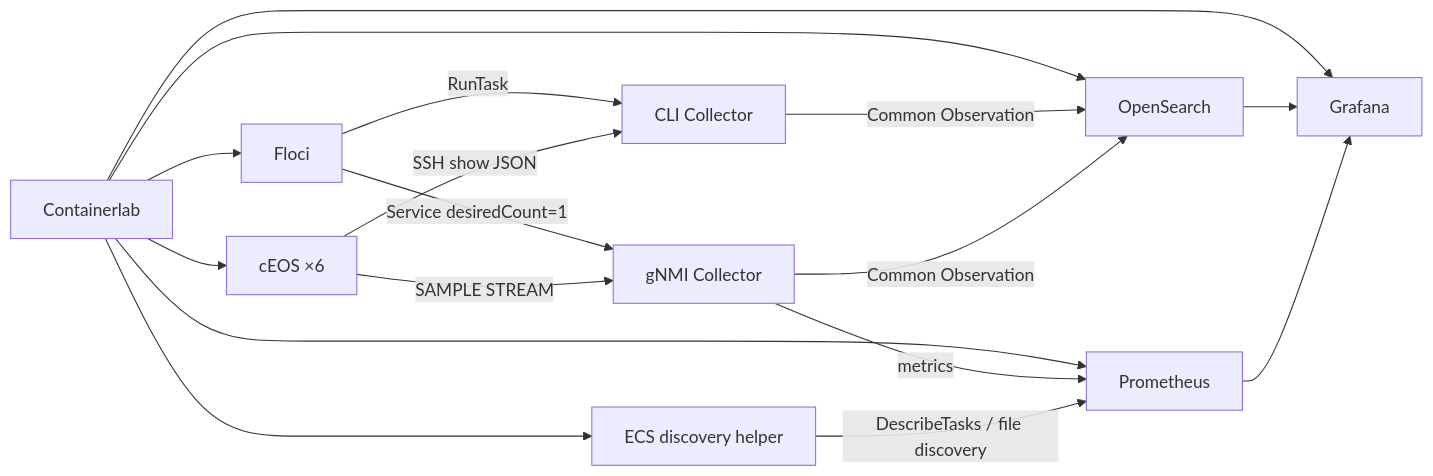
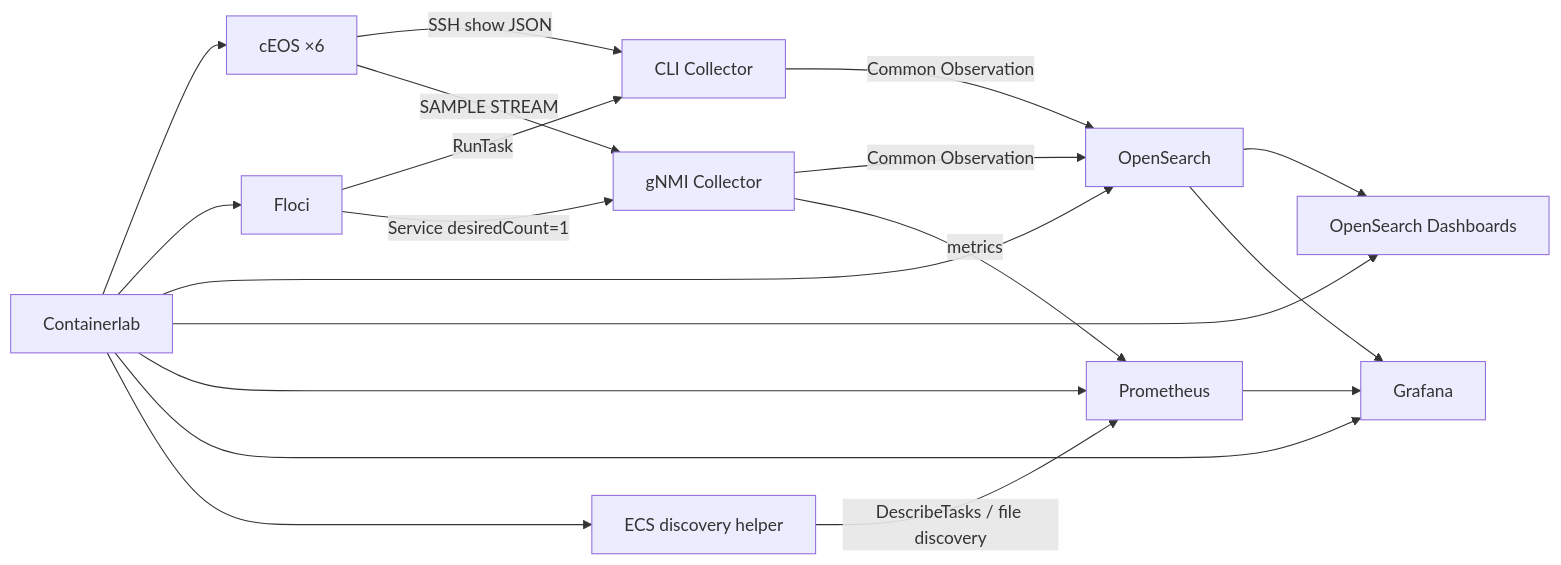
Before and after one commit to tnoha/clab-observability-poc: the second of 2 diagrams in README.md, drawn with Mermaid. The commit also changed other lines of this file and 5 other files, not shown here.

Commit message:
Add OpenSearch Dashboards to observability lab

````diff
--- a/README.md
+++ b/README.md
@@ -18,19 +18,21 @@
 ```mermaid
 flowchart LR
   CL[Containerlab] --> NOS[cEOS ×6]
   CL --> F[Floci]
   CL --> OS[OpenSearch]
+  CL --> OSD[OpenSearch Dashboards]
   CL --> P[Prometheus]
   CL --> G[Grafana]
   CL --> D[ECS discovery helper]
   F -->|RunTask| CLI[CLI Collector]
   F -->|Service desiredCount=1| GNMI[gNMI Collector]
   NOS -->|SSH show JSON| CLI
   NOS -->|SAMPLE STREAM| GNMI
   CLI -->|Common Observation| OS
   GNMI -->|Common Observation| OS
   GNMI -->|metrics| P
   D -->|DescribeTasks / file discovery| P
+  OS --> OSD
   OS --> G
   P --> G
 ```
````
